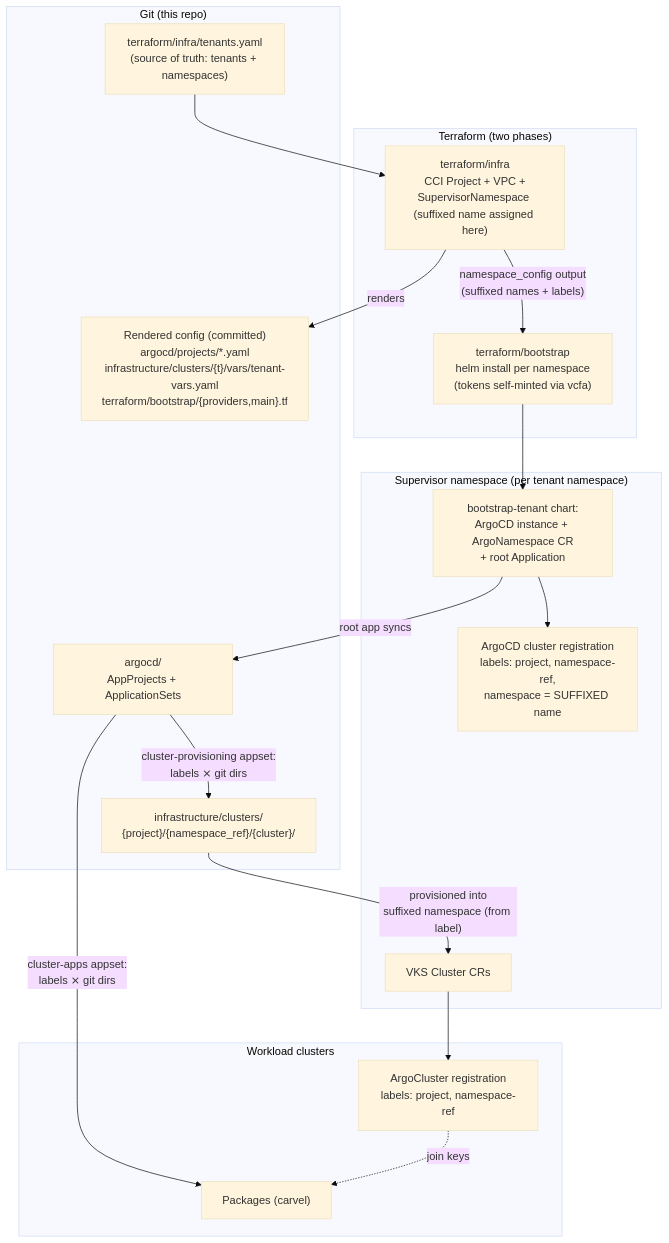
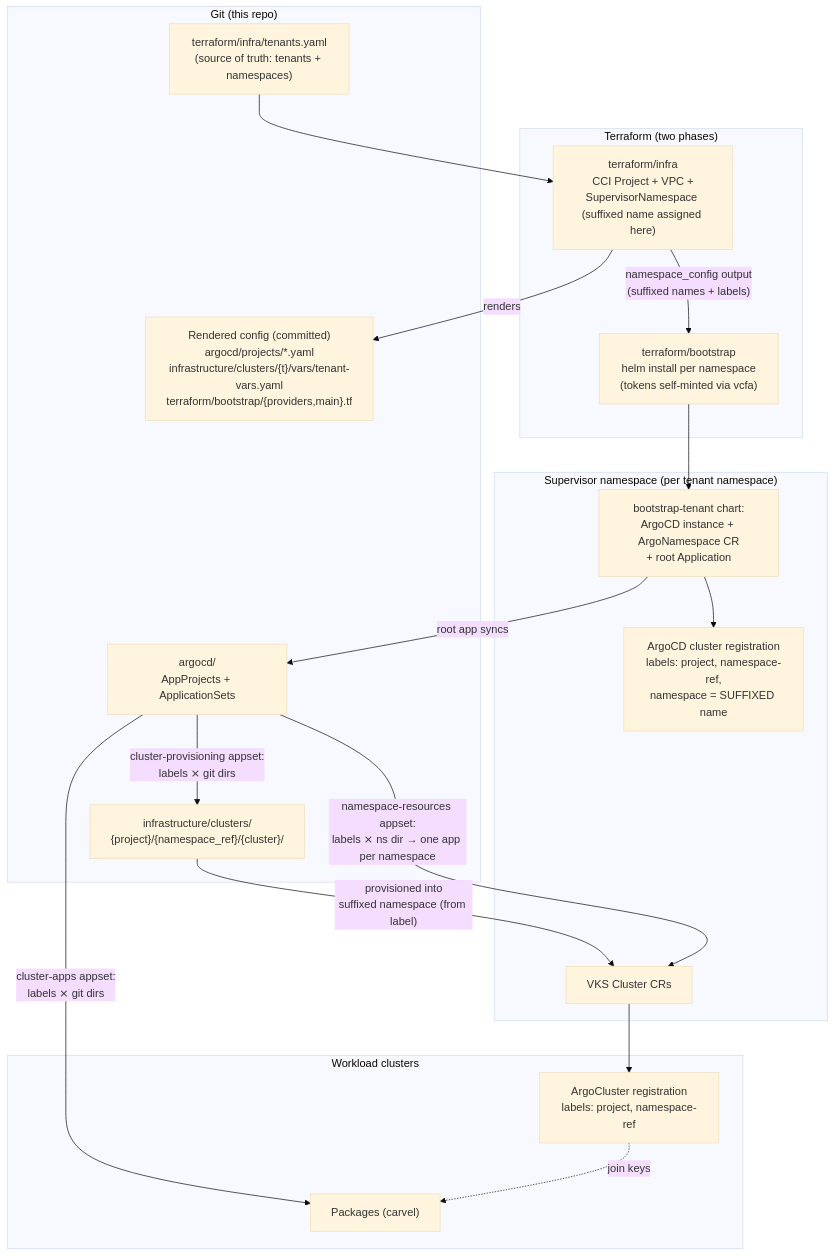
One commit to warroyo/argocd-scaffolding changed the first of 4 diagrams in docs/ARCHITECTURE.md. Above: the diagram before and after it, drawn with Mermaid (base theme). The commit also changed other lines of this file and 12 other files, not shown here.

````diff
--- a/docs/ARCHITECTURE.md
+++ b/docs/ARCHITECTURE.md
@@ -41,37 +41,38 @@
 ```mermaid
 flowchart TB
     subgraph git["Git (this repo)"]
         tenants["terraform/infra/tenants.yaml<br/>(source of truth: tenants + namespaces)"]
         rendered["Rendered config (committed)<br/>argocd/projects/*.yaml<br/>infrastructure/clusters/{t}/vars/tenant-vars.yaml<br/>terraform/bootstrap/{providers,main}.tf"]
         argodir["argocd/<br/>AppProjects + ApplicationSets"]
         clusterdirs["infrastructure/clusters/<br/>{project}/{namespace_ref}/{cluster}/"]
     end
 
     subgraph tf["Terraform (two phases)"]
         infra["terraform/infra<br/>CCI Project + VPC +<br/>SupervisorNamespace (suffixed name assigned here)"]
         bootstrap["terraform/bootstrap<br/>helm install per namespace<br/>(tokens self-minted via vcfa)"]
     end
 
     subgraph sup["Supervisor namespace (per tenant namespace)"]
         chart["bootstrap-tenant chart:<br/>ArgoCD instance + ArgoNamespace CR<br/>+ root Application"]
         reg["ArgoCD cluster registration<br/>labels: project, namespace-ref,<br/>namespace = SUFFIXED name"]
         vks["VKS Cluster CRs"]
     end
 
     subgraph wl["Workload clusters"]
         attach["ArgoCluster registration<br/>labels: project, namespace-ref"]
         pkgs["Packages (carvel)"]
     end
 
     tenants --> infra
     infra -- "renders" --> rendered
     infra -- "namespace_config output<br/>(suffixed names + labels)" --> bootstrap
     bootstrap --> chart
     chart --> reg
     chart -- "root app syncs" --> argodir
     argodir -- "cluster-provisioning appset:<br/>labels ⨯ git dirs" --> clusterdirs
     clusterdirs -- "provisioned into<br/>suffixed namespace (from label)" --> vks
+    argodir -- "namespace-resources appset:<br/>labels ⨯ ns dir → one app per namespace" --> vks
     vks --> attach
     argodir -- "cluster-apps appset:<br/>labels ⨯ git dirs" --> pkgs
     attach -. "join keys" .-> pkgs
 ```
````
